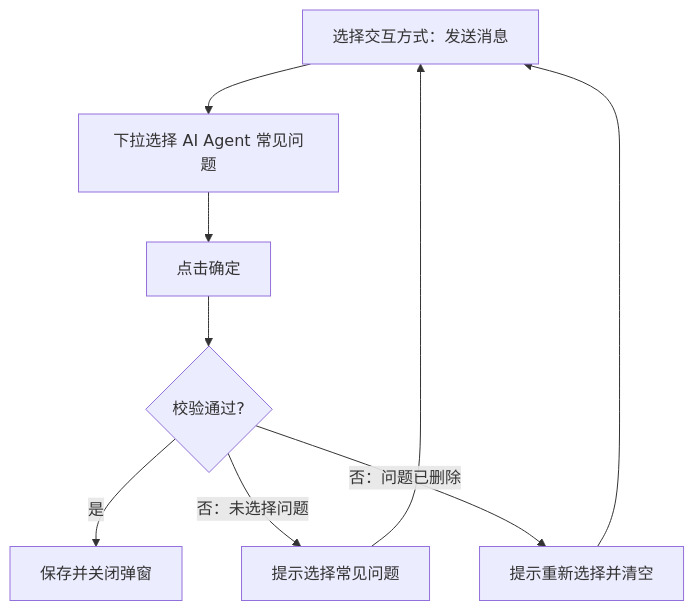
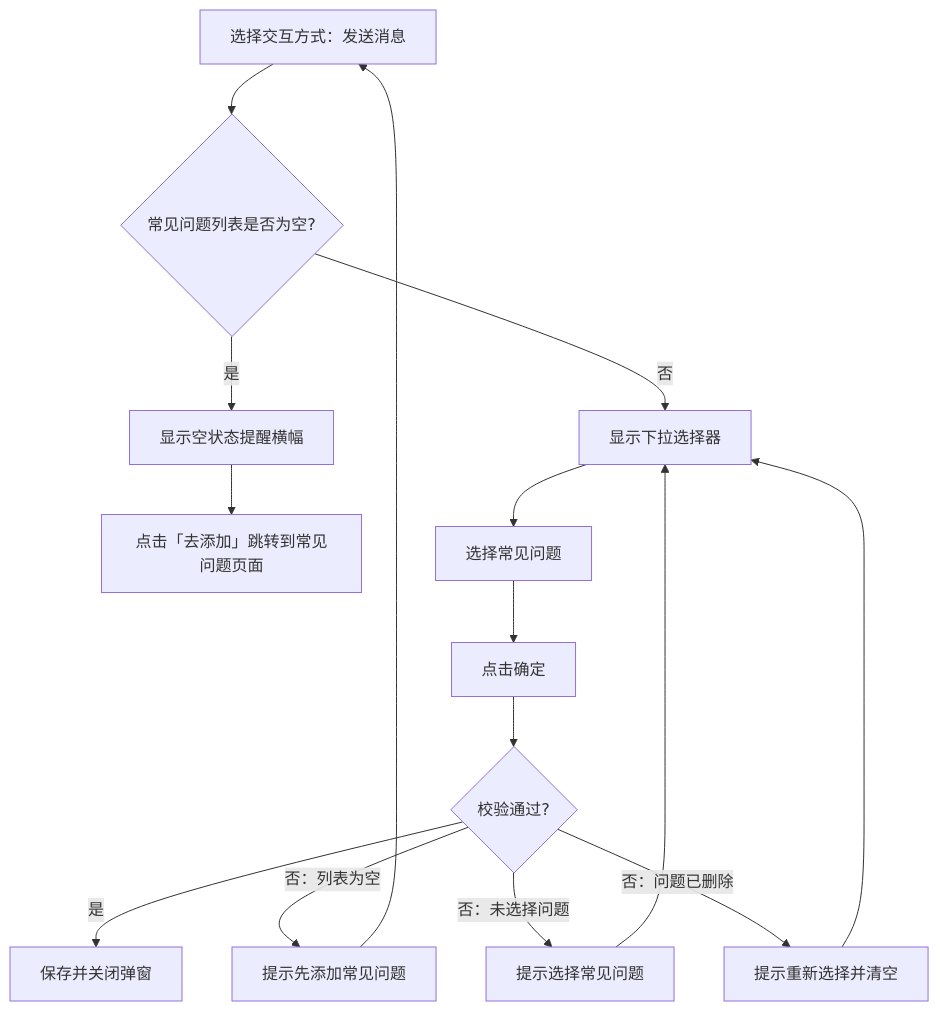
Before and after one commit to goeye/twt: the diagram in docs/PRD-网页渠道快捷入口.md, drawn with Mermaid. The commit also changed other lines of this file, not shown here.

Commit message:
更新快捷入口 PRD：新增空状态提醒横幅说明
- 更新核心流程图，增加常见问题列表为空的判断分支
- 新增空状态提醒横幅详细说明（样式、文案、跳转链接）
- 更新交互流程，区分空状态和正常状态的显示逻辑
- 更新校验规则，新增列表为空时的校验
- 更新异常处理表，新增常见问题列表为空的场景

````diff
--- a/docs/PRD-网页渠道快捷入口.md
+++ b/docs/PRD-网页渠道快捷入口.md
@@ -43,11 +43,17 @@
 ```mermaid
 flowchart TD
-  A["选择交互方式：发送消息"] --> B["下拉选择 AI Agent 常见问题"]
-  B --> C["点击确定"]
-  C --> D{"校验通过?"}
-  D -->|"是"| E["保存并关闭弹窗"]
-  D -->|"否：未选择问题"| F["提示选择常见问题"]
-  D -->|"否：问题已删除"| G["提示重新选择并清空"]
-  F --> A
-  G --> A
+  A["选择交互方式：发送消息"] --> B{"常见问题列表是否为空?"}
+  B -->|"是"| C["显示空状态提醒横幅"]
+  B -->|"否"| D["显示下拉选择器"]
+  C --> E["点击「去添加」跳转到常见问题页面"]
+  D --> F["选择常见问题"]
+  F --> G["点击确定"]
+  G --> H{"校验通过?"}
+  H -->|"是"| I["保存并关闭弹窗"]
+  H -->|"否：列表为空"| J["提示先添加常见问题"]
+  H -->|"否：未选择问题"| K["提示选择常见问题"]
+  H -->|"否：问题已删除"| L["提示重新选择并清空"]
+  J --> A
+  K --> D
+  L --> D
 ```
````
